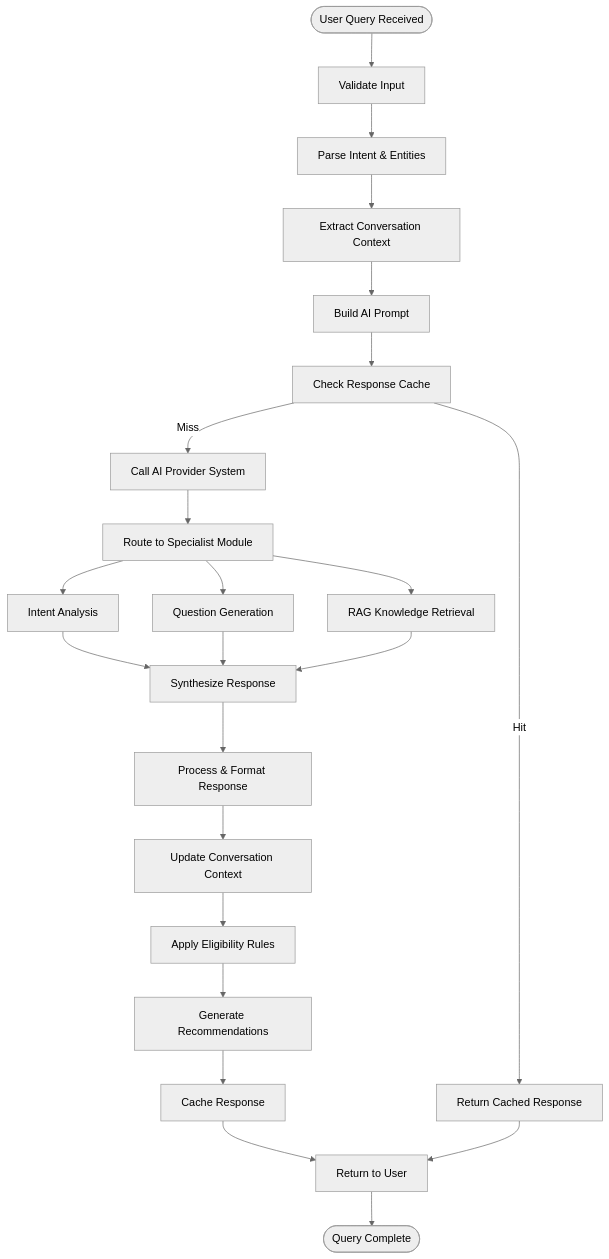
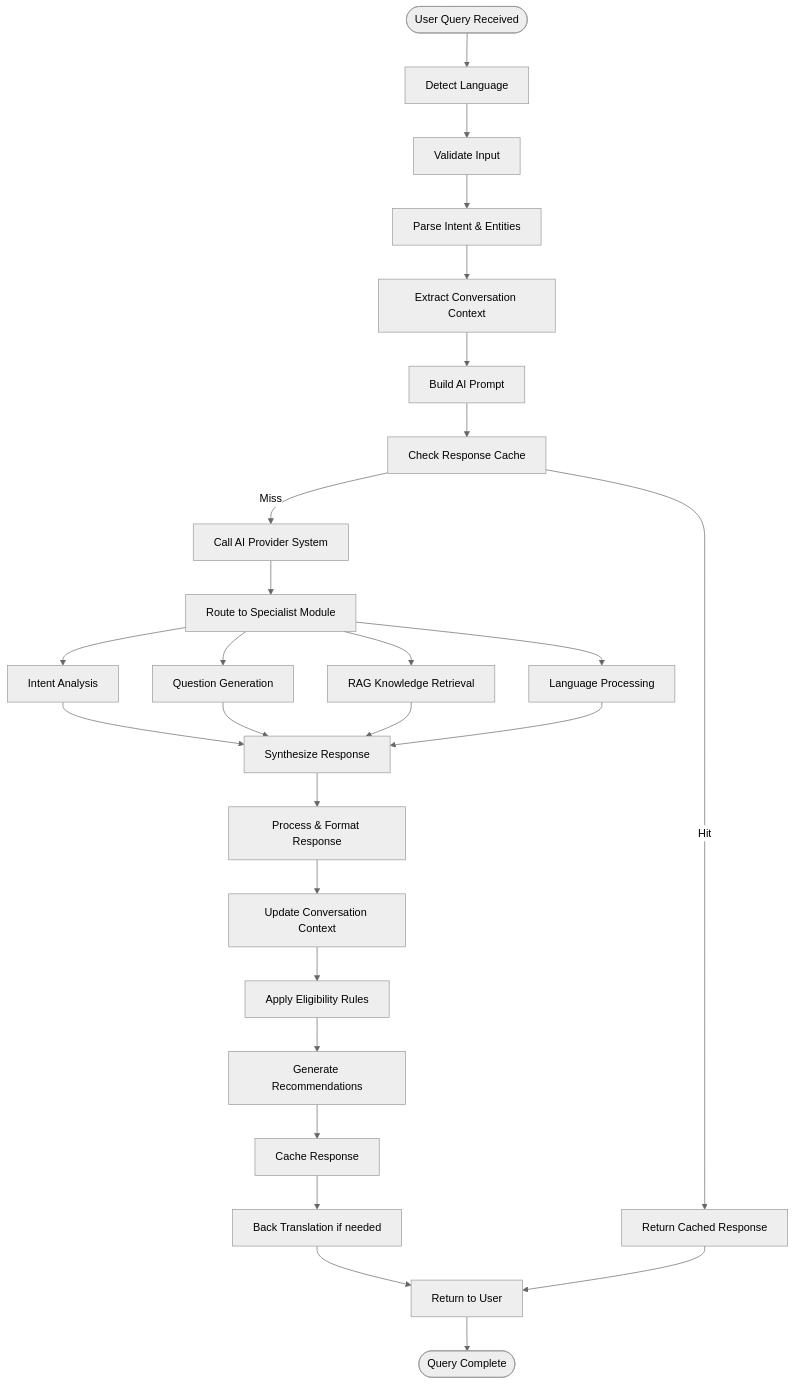
The sixth of 9 diagrams in .qoder/repowiki/en/content/Chat Interface/AI Processing Engine.md (alibaba-hackathon-fsi/frontend-vaya), drawn with Mermaid (neutral theme) before and after one commit. The commit also changed other lines of this file and 36 other files, not shown here.

````diff
--- a/.qoder/repowiki/en/content/Chat Interface/AI Processing Engine.md
+++ b/.qoder/repowiki/en/content/Chat Interface/AI Processing Engine.md
@@ -333,25 +402,29 @@
 ```mermaid
 flowchart TD
-Start([User Query Received]) --> Validate["Validate Input"]
+Start([User Query Received]) --> DetectLang["Detect Language"]
+DetectLang --> Validate["Validate Input"]
 Validate --> ParseIntent["Parse Intent & Entities"]
 ParseIntent --> ExtractContext["Extract Conversation Context"]
 ExtractContext --> BuildPrompt["Build AI Prompt"]
 BuildPrompt --> CheckCache["Check Response Cache"]
 CheckCache --> |Hit| ReturnCached["Return Cached Response"]
 CheckCache --> |Miss| CallProvider["Call AI Provider System"]
 CallProvider --> RouteToSpecialist["Route to Specialist Module"]
 RouteToSpecialist --> IntentAnalysis["Intent Analysis"]
 RouteToSpecialist --> QuestionGeneration["Question Generation"]
 RouteToSpecialist --> RAGRetrieval["RAG Knowledge Retrieval"]
+RouteToSpecialist --> LanguageProcessing["Language Processing"]
 IntentAnalysis --> SynthesizeResponse["Synthesize Response"]
 QuestionGeneration --> SynthesizeResponse
 RAGRetrieval --> SynthesizeResponse
+LanguageProcessing --> SynthesizeResponse
 SynthesizeResponse --> ProcessResponse["Process & Format Response"]
 ProcessResponse --> UpdateContext["Update Conversation Context"]
 UpdateContext --> ApplyRules["Apply Eligibility Rules"]
 ApplyRules --> GenerateRecommendations["Generate Recommendations"]
 GenerateRecommendations --> CacheResponse["Cache Response"]
-CacheResponse --> ReturnResponse["Return to User"]
+CacheResponse --> BackTranslate["Back Translation if needed"]
+BackTranslate --> ReturnResponse["Return to User"]
 ReturnCached --> ReturnResponse
 ReturnResponse --> End([Query Complete])
 ```
````
